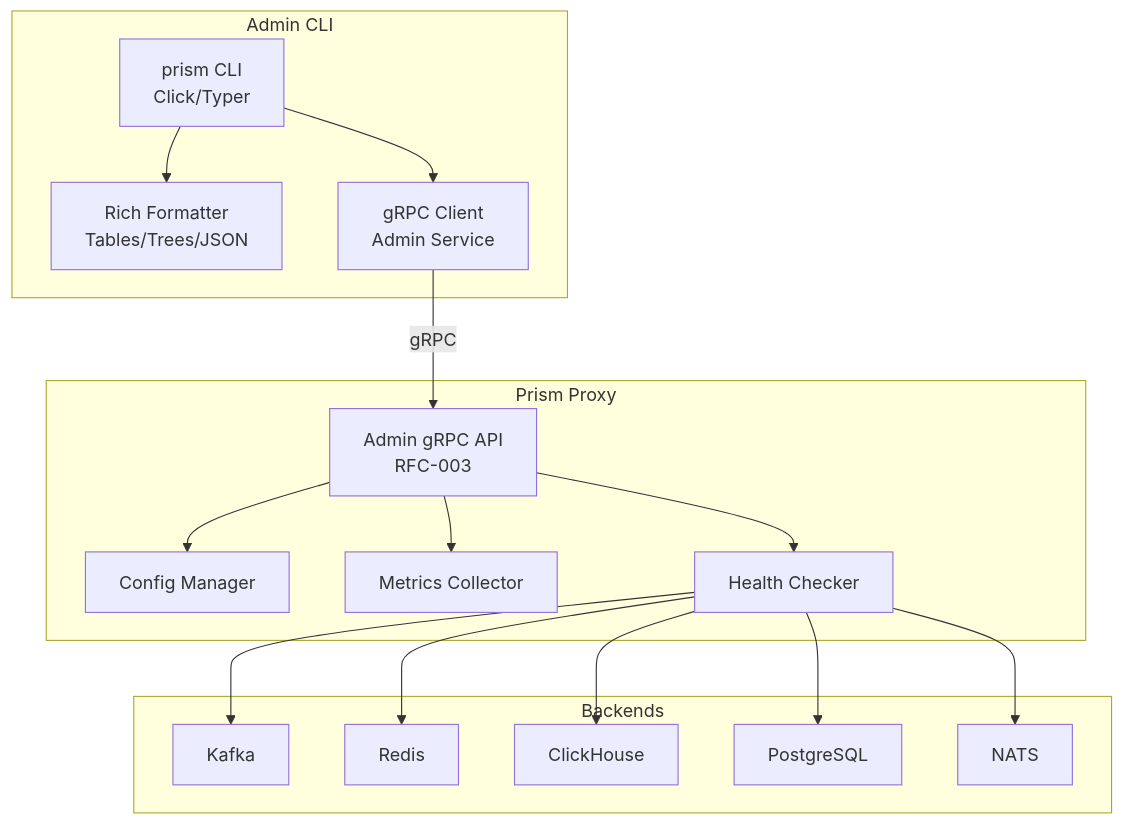
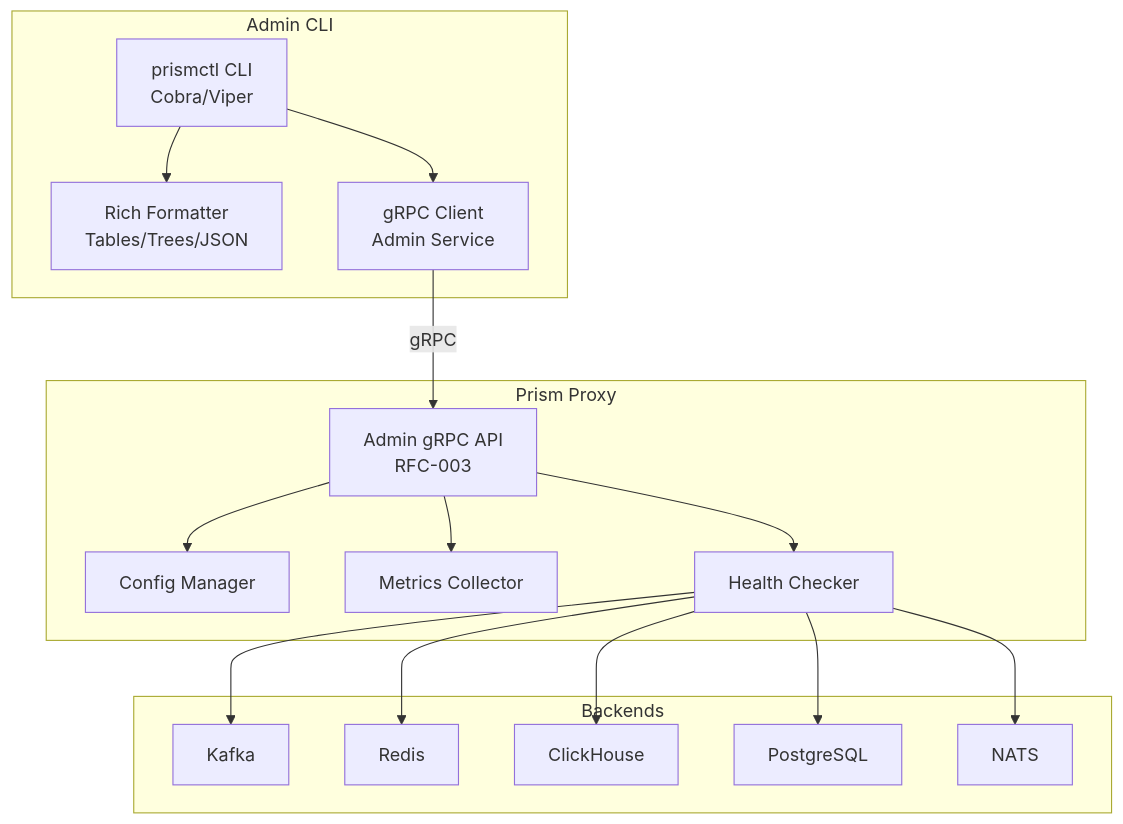
The diagram in docs-cms/rfcs/RFC-006-python-admin-cli.md (jrepp/prism-data-layer), drawn with Mermaid before and after one commit. The commit also changed other lines of this file and 2 other files, not shown here.

First line of the commit message:
Update admin CLI references to prismctl across documentation

````diff
--- a/docs-cms/rfcs/RFC-006-python-admin-cli.md
+++ b/docs-cms/rfcs/RFC-006-python-admin-cli.md
@@ -57,35 +60,35 @@
 ```mermaid
 graph TB
     subgraph "Admin CLI"
-        CLI[prism CLI<br/>Click/Typer]
+        CLI[prismctl CLI<br/>Cobra/Viper]
         Formatter[Rich Formatter<br/>Tables/Trees/JSON]
         Client[gRPC Client<br/>Admin Service]
     end
 
     subgraph "Prism Proxy"
         AdminAPI[Admin gRPC API<br/>RFC-003]
         ConfigMgr[Config Manager]
         Metrics[Metrics Collector]
         Health[Health Checker]
     end
 
     subgraph "Backends"
         Kafka[Kafka]
         Redis[Redis]
         ClickHouse[ClickHouse]
         Postgres[PostgreSQL]
         NATS[NATS]
     end
 
     CLI --> Formatter
     CLI --> Client
     Client -->|gRPC| AdminAPI
     AdminAPI --> ConfigMgr
     AdminAPI --> Metrics
     AdminAPI --> Health
     Health --> Kafka
     Health --> Redis
     Health --> ClickHouse
     Health --> Postgres
     Health --> NATS
 ```
````
